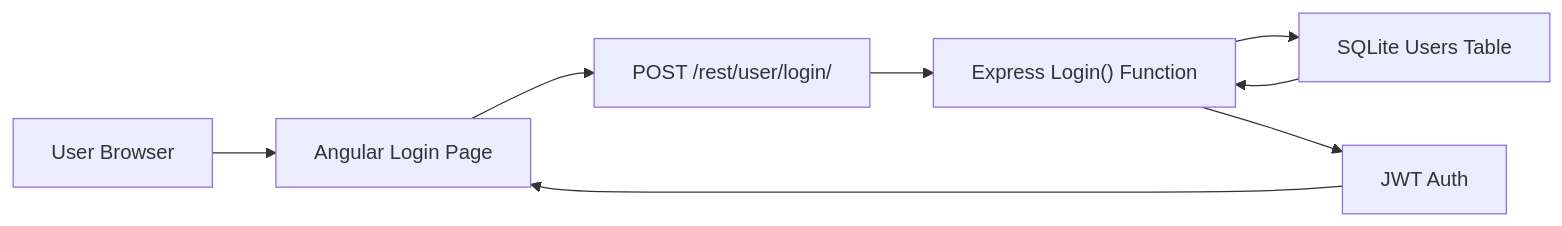
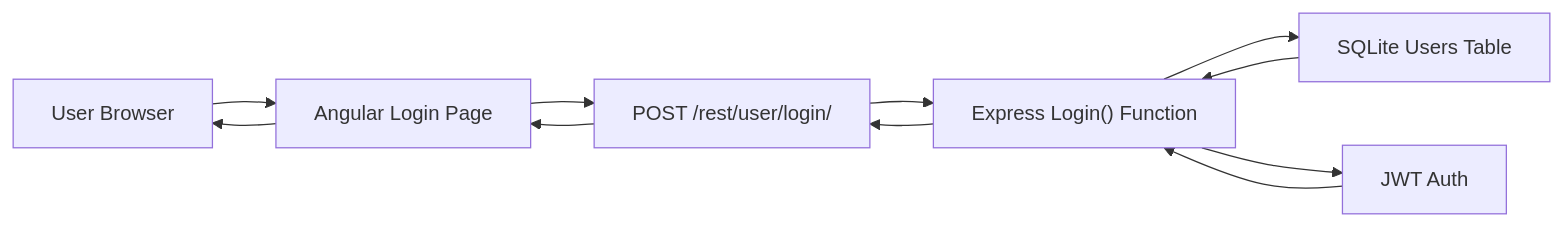
One commit to JosephJ12/CTF-Walkthroughs changed the first of 5 diagrams in Cybersecurity-Portfolio/Threat Modeling - OWASP Juice Shop/README.md. Above: the diagram before and after it, drawn with Mermaid. The commit also changed other lines of this file, not shown here.

````diff
--- a/Cybersecurity-Portfolio/Threat Modeling - OWASP Juice Shop/README.md
+++ b/Cybersecurity-Portfolio/Threat Modeling - OWASP Juice Shop/README.md
@@ -49,17 +49,20 @@
 ```mermaid
 flowchart LR
     U[User Browser]
     FE[Angular Login Page]
     API[POST /rest/user/login/]
     BE["Express Login() Function"]
     DB[SQLite Users Table]
     JWT[JWT Auth]
 
     U --> FE
     FE --> API
     API --> BE
     BE --> DB
     DB --> BE
     BE --> JWT
-    JWT --> FE
+    JWT --> BE
+    BE --> API
+    API --> FE
+    FE --> U
 ```
````
